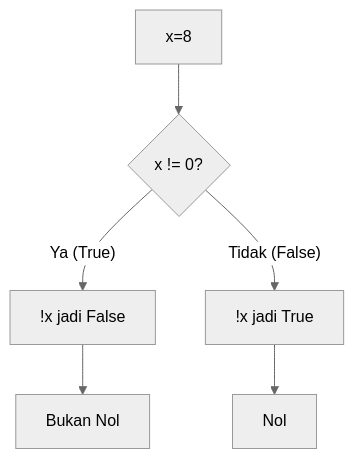
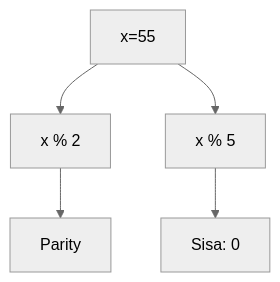
Diagram 19 of 25 in part-c-pemahaman-cpp/02-percabangan/latihan/set-12.md (amnahwaida/OSNK_INF_PREP), drawn with Mermaid (neutral theme) before and after one commit. The commit also changed other lines of this file and 71 other files, not shown here.

````diff
--- a/part-c-pemahaman-cpp/02-percabangan/latihan/set-12.md
+++ b/part-c-pemahaman-cpp/02-percabangan/latihan/set-12.md
@@ -563,8 +569,7 @@
 ```mermaid
 graph TD
-    A[x=8] --> B{x != 0?}
-    B -- Ya (True) --> C["!x jadi False"]
-    B -- Tidak (False) --> D["!x jadi True"]
-    C --> E[Bukan Nol]
-    D --> F[Nol]
+A[x=55] --> B[x % 2]
+B --> C[Parity]
+A --> D[x % 5]
+D --> E[Sisa: 0]
 ```
````
